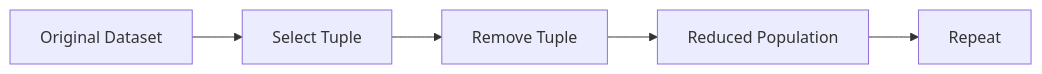
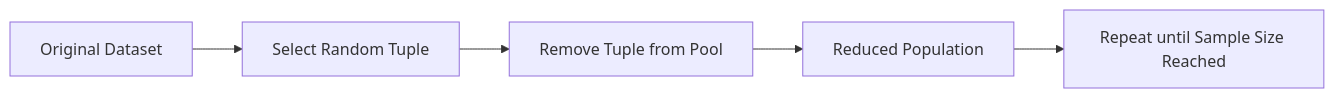
The fourth of 8 diagrams in Trimester 1/Data Preprocessing/W06 - Data Reduction/L1/6.3. Data Sampling.md (Balasubramanian-pg/MSC.-Data-Science-AI), drawn with Mermaid before and after one commit. The commit also changed other lines of this file, not shown here.

````diff
--- a/Trimester 1/Data Preprocessing/W06 - Data Reduction/L1/6.3. Data Sampling.md
+++ b/Trimester 1/Data Preprocessing/W06 - Data Reduction/L1/6.3. Data Sampling.md
@@ -318,11 +224,8 @@
 ```mermaid
 flowchart LR
     A[Original Dataset]
-    --> B[Select Tuple]
-
-    B --> C[Remove Tuple]
-
+    --> B[Select Random Tuple]
+    B --> C[Remove Tuple from Pool]
     C --> D[Reduced Population]
-
-    D --> E[Repeat]
+    D --> E[Repeat until Sample Size Reached]
 ```
````
